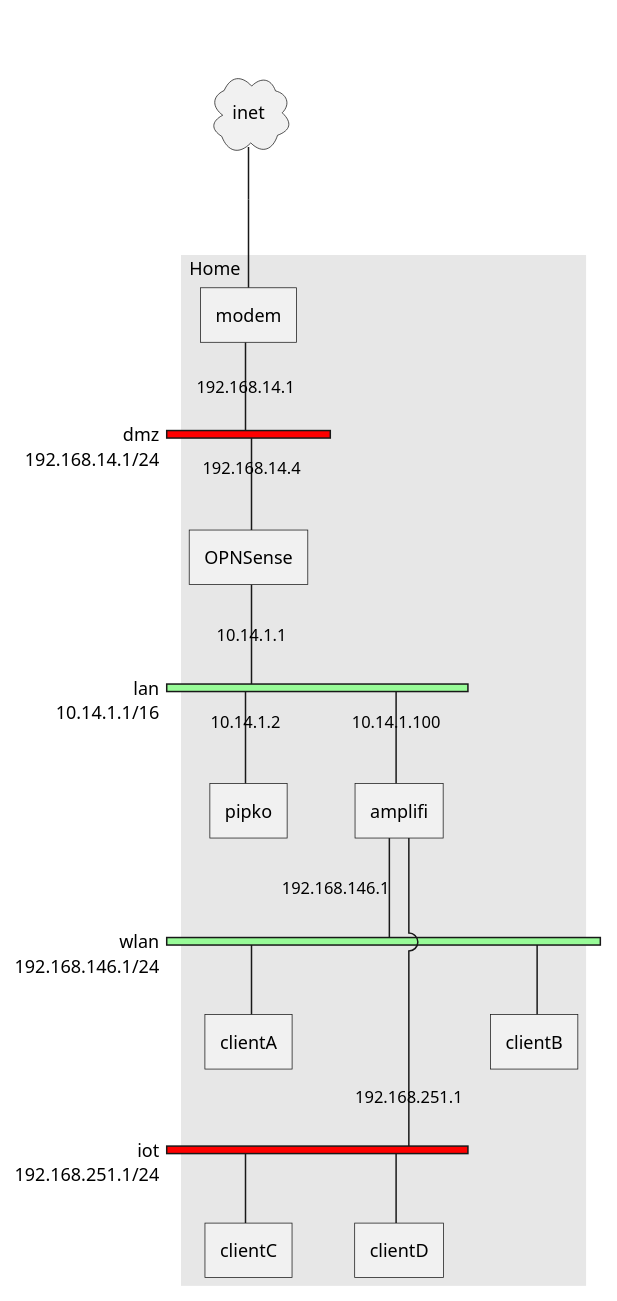
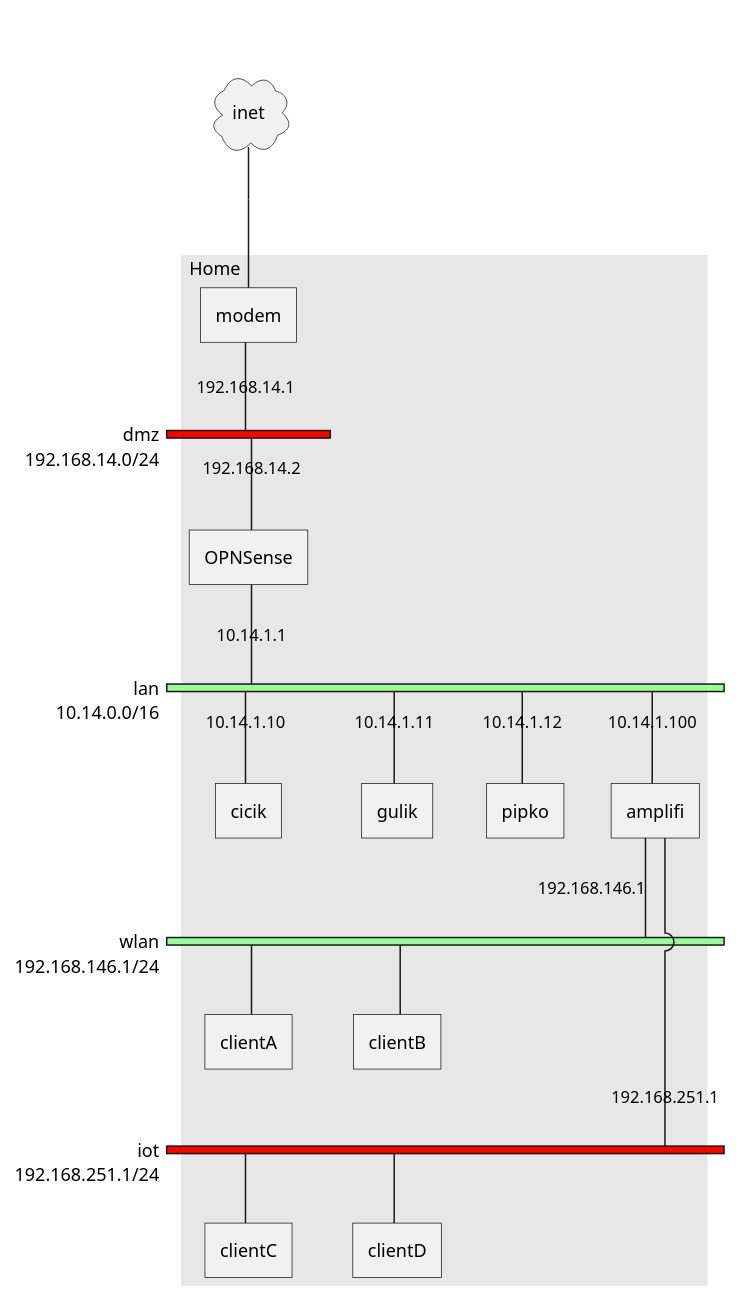
One commit to bartlomn/lab-diagrams changed the diagram in lab-network.puml. Above: the diagram before and after it, drawn with PlantUML. The commit also changed 1 other file, not shown here.

Commit message:
Updated diagrams

```diff
--- a/lab-network.puml
+++ b/lab-network.puml
@@ -1,54 +1,58 @@
 @startuml lab-network
 nwdiag {
   inet [shape = cloud];
   inet -- modem;
 
   network dmz {
     color = "red"
-    address = "192.168.14.1/24"
+    address = "192.168.14.0/24"
 
     modem [ address = "192.168.14.1"]
-    OPNSense [ address = "192.168.14.4" ]
+    OPNSense [ address = "192.168.14.2" ]
   }
   
   network lan {
     color = "palegreen"
-    address = "10.14.1.1/16"
+    address = "10.14.0.0/16"
 
     OPNSense [ address = "10.14.1.1" ]
-    pipko [ address = "10.14.1.2" ]
+    cicik [ address = "10.14.1.10" ]
+    gulik [ address = "10.14.1.11" ]
+    pipko [ address = "10.14.1.12" ]
     amplifi [ address = "10.14.1.100" ]
   }
 
   network wlan {
     color = "palegreen"
     address = "192.168.146.1/24"
 
     amplifi [ address = "192.168.146.1" ]
     clientA
     clientB
   }
 
   network iot {
     color = "red"
     address = "192.168.251.1/24"
 
     amplifi [ address = "192.168.251.1" ]
     clientC
     clientD
   }
 
   group {
     description = "Home";
     modem
     OPNSense
+    cicik
+    gulik
     pipko
     amplifi
     clientA
     clientB
     clientC
     clientD
   }
 
 }
 @enduml
```
